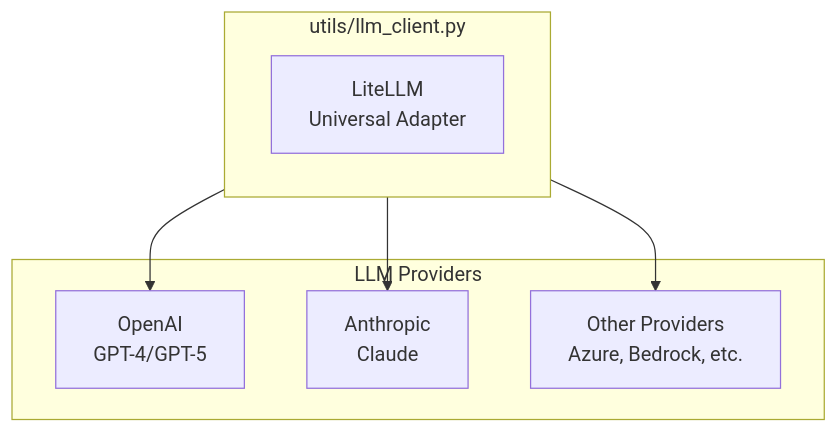
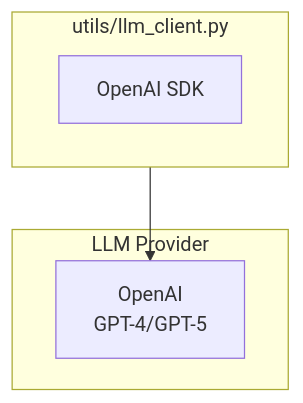
The ninth of 14 diagrams in pipeline/docs/ARCHITECTURE.md (rrahimi-uci/policy-to-knowledge), drawn with Mermaid before and after one commit. The commit also changed other lines of this file and 59 other files, not shown here.

First line of the commit message:
Drop litellm + Anthropic (OpenAI-only); flatten pipeline output paths

````diff
--- a/pipeline/docs/ARCHITECTURE.md
+++ b/pipeline/docs/ARCHITECTURE.md
@@ -303,16 +303,12 @@
 ```mermaid
 flowchart TB
     subgraph Client["utils/llm_client.py"]
-        LITE[LiteLLM<br/>Universal Adapter]
+        LITE[OpenAI SDK]
     end
 
-    subgraph Providers["LLM Providers"]
+    subgraph Providers["LLM Provider"]
         OAI[OpenAI<br/>GPT-4/GPT-5]
-        ANT[Anthropic<br/>Claude]
-        OTHER[Other Providers<br/>Azure, Bedrock, etc.]
     end
 
     Client --> OAI
-    Client --> ANT
-    Client --> OTHER
 ```
````
